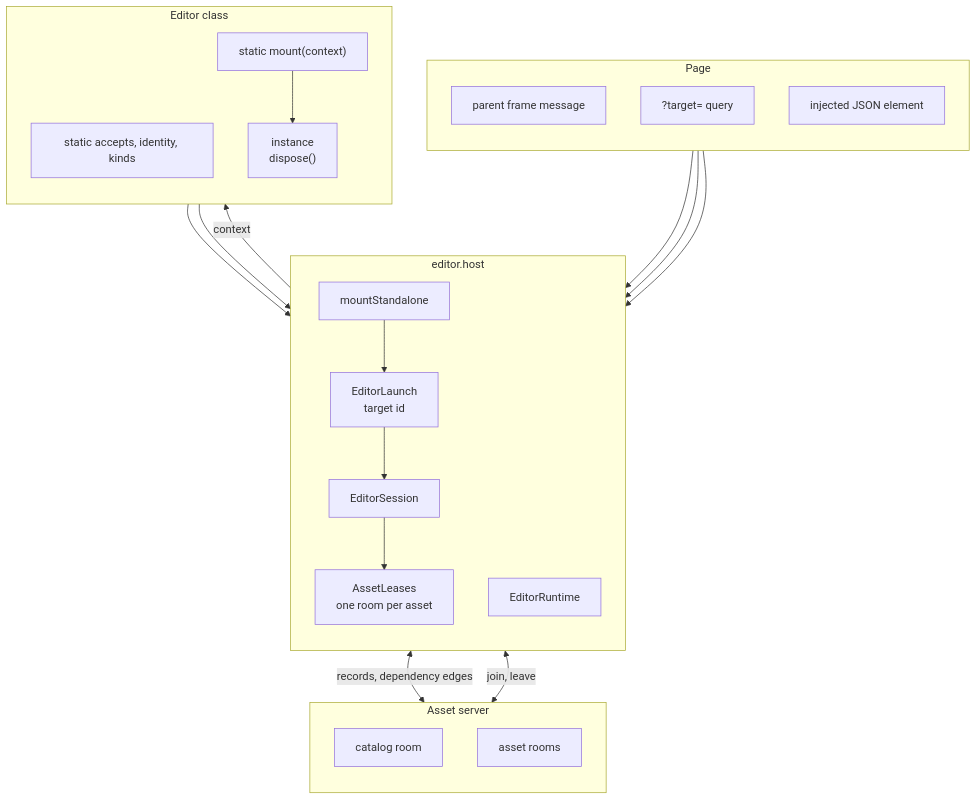
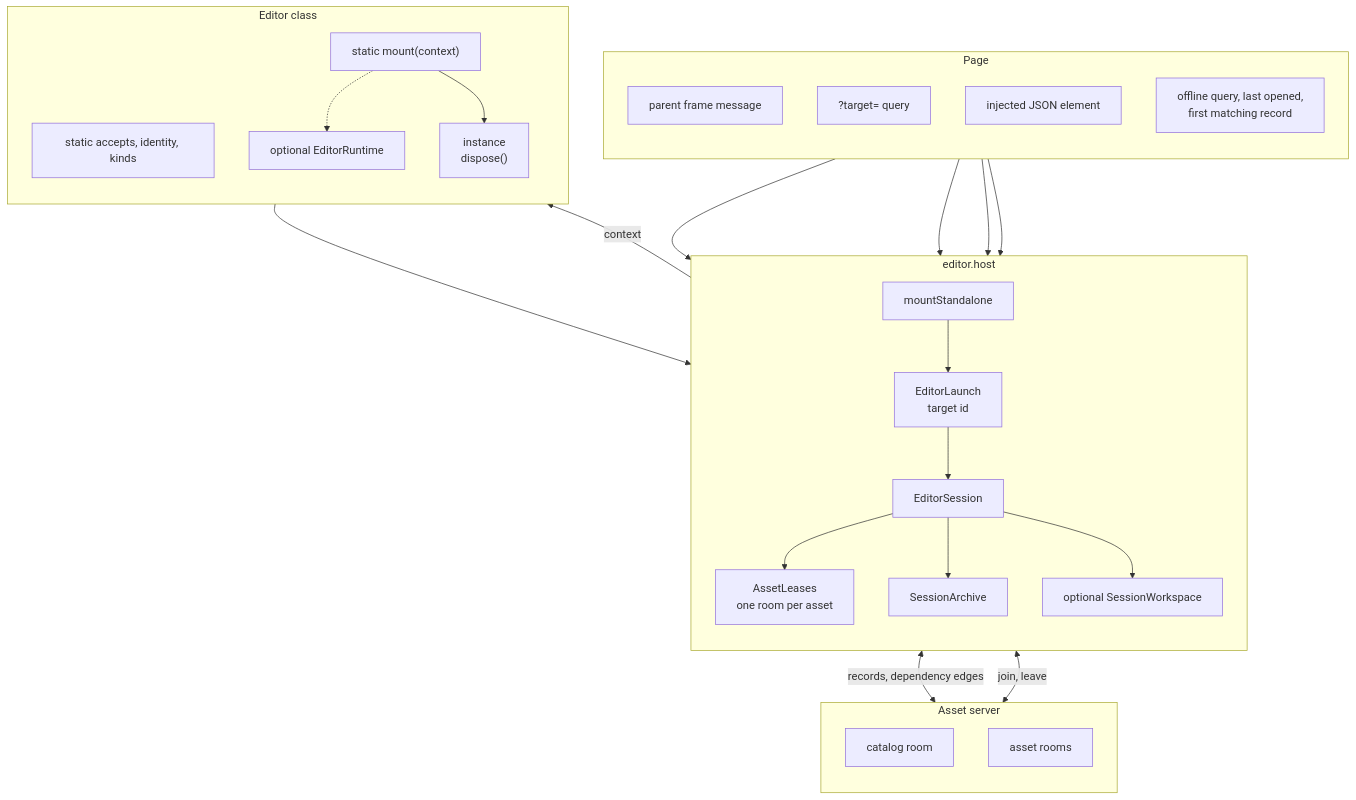
The first of 10 diagrams in packages/editors/host/ARCHITECTURE.md (JollyPixel/editor), drawn with Mermaid before and after one commit. The commit also changed other lines of this file and 17 other files, not shown here.

Commit message:
docs: complete ARCHITECTURE.md and GLOSSARY.md across workspaces (#752)

````diff
--- a/packages/editors/host/ARCHITECTURE.md
+++ b/packages/editors/host/ARCHITECTURE.md
@@ -10,44 +10,50 @@
 ```mermaid
 flowchart TB
   subgraph Page
     direction TB
     Frame["parent frame message"]
     Query["?target= query"]
     Injected["injected JSON element"]
+    OfflineSources["offline query, last opened,<br/>first matching record"]
   end
 
   subgraph Host["editor.host"]
     direction TB
     Mount["mountStandalone"]
     Launch["EditorLaunch<br/>target id"]
     Session["EditorSession"]
     Leases["AssetLeases<br/>one room per asset"]
-    Runtime["EditorRuntime"]
+    Archive["SessionArchive"]
+    Workspace["optional SessionWorkspace"]
   end
 
   subgraph Editor["Editor class"]
     direction TB
     Definition["static accepts, identity, kinds"]
     MountFn["static mount(context)"]
     Handle["instance<br/>dispose()"]
+    Runtime["optional EditorRuntime"]
   end
 
   subgraph Server["Asset server"]
     direction TB
     Catalog["catalog room"]
     Rooms["asset rooms"]
   end
 
   Frame --> Launch
   Query --> Launch
   Injected --> Launch
+  OfflineSources --> Launch
   Mount --> Launch
   Definition --> Mount
   Launch --> Session
   Session --> Leases
+  Session --> Archive
+  Session --> Workspace
   Session <-->|"records, dependency edges"| Catalog
   Leases <-->|"join, leave"| Rooms
   Session -->|"context"| MountFn
-  MountFn --> Runtime
+  MountFn -.-> Runtime
   MountFn --> Handle
 ```
````
